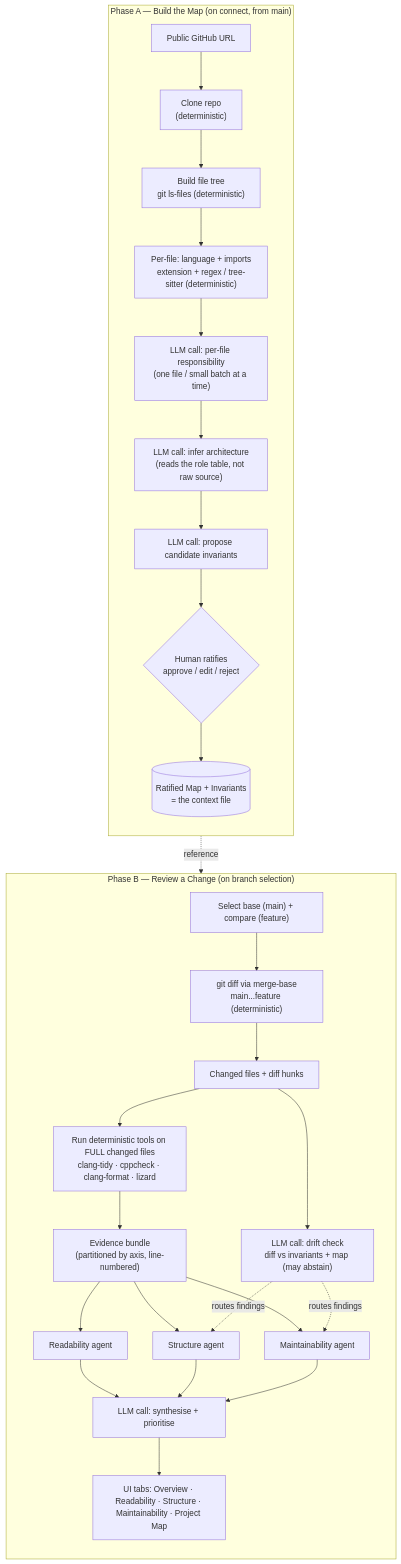
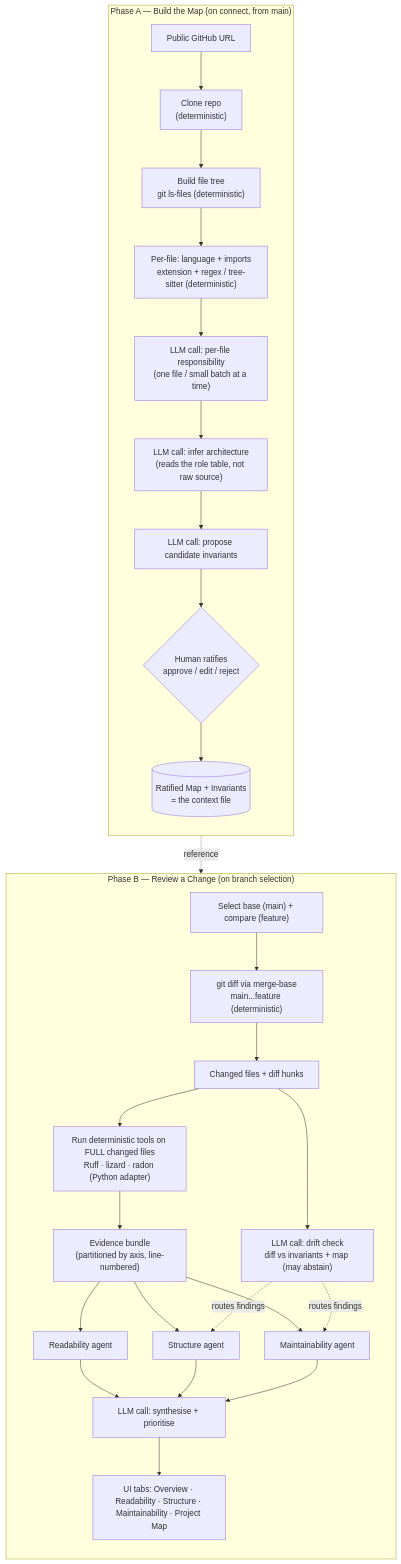
One commit to abdurrafay0610/Smart-Code-Reviewer changed the diagram in Design Document.md. Above: the diagram before and after it, drawn with Mermaid. The commit also changed other lines of this file and 1 other file, not shown here.

Commit message:
Changing from C++ focused to python focused

````diff
--- a/Design Document.md
+++ b/Design Document.md
@@ -27,33 +29,33 @@
 ```mermaid
 flowchart TD
     subgraph PhaseA["Phase A — Build the Map (on connect, from main)"]
         direction TB
         URL["Public GitHub URL"] --> Clone["Clone repo<br/>(deterministic)"]
         Clone --> Tree["Build file tree<br/>git ls-files (deterministic)"]
         Tree --> Parse["Per-file: language + imports<br/>extension + regex / tree-sitter (deterministic)"]
         Parse --> Role["LLM call: per-file responsibility<br/>(one file / small batch at a time)"]
         Role --> Arch["LLM call: infer architecture<br/>(reads the role table, not raw source)"]
         Arch --> Inv["LLM call: propose candidate invariants"]
         Inv --> Ratify{"Human ratifies<br/>approve / edit / reject"}
         Ratify --> Map[("Ratified Map + Invariants<br/>= the context file")]
     end
 
     subgraph PhaseB["Phase B — Review a Change (on branch selection)"]
         direction TB
         Branches["Select base (main) + compare (feature)"] --> Diff["git diff via merge-base<br/>main...feature (deterministic)"]
         Diff --> Changed["Changed files + diff hunks"]
-        Changed --> Tools["Run deterministic tools on FULL changed files<br/>clang-tidy · cppcheck · clang-format · lizard"]
+        Changed --> Tools["Run deterministic tools on FULL changed files<br/>Ruff · lizard · radon (Python adapter)"]
         Tools --> Evidence["Evidence bundle<br/>(partitioned by axis, line-numbered)"]
         Evidence --> A1["Readability agent"]
         Evidence --> A2["Structure agent"]
         Evidence --> A3["Maintainability agent"]
         Changed --> Drift["LLM call: drift check<br/>diff vs invariants + map (may abstain)"]
         Map -. reference .-> Drift
         Drift -. routes findings .-> A2
         Drift -. routes findings .-> A3
         A1 --> Synth["LLM call: synthesise + prioritise"]
         A2 --> Synth
         A3 --> Synth
         Synth --> UI["UI tabs: Overview · Readability · Structure · Maintainability · Project Map"]
     end
 ```
````
